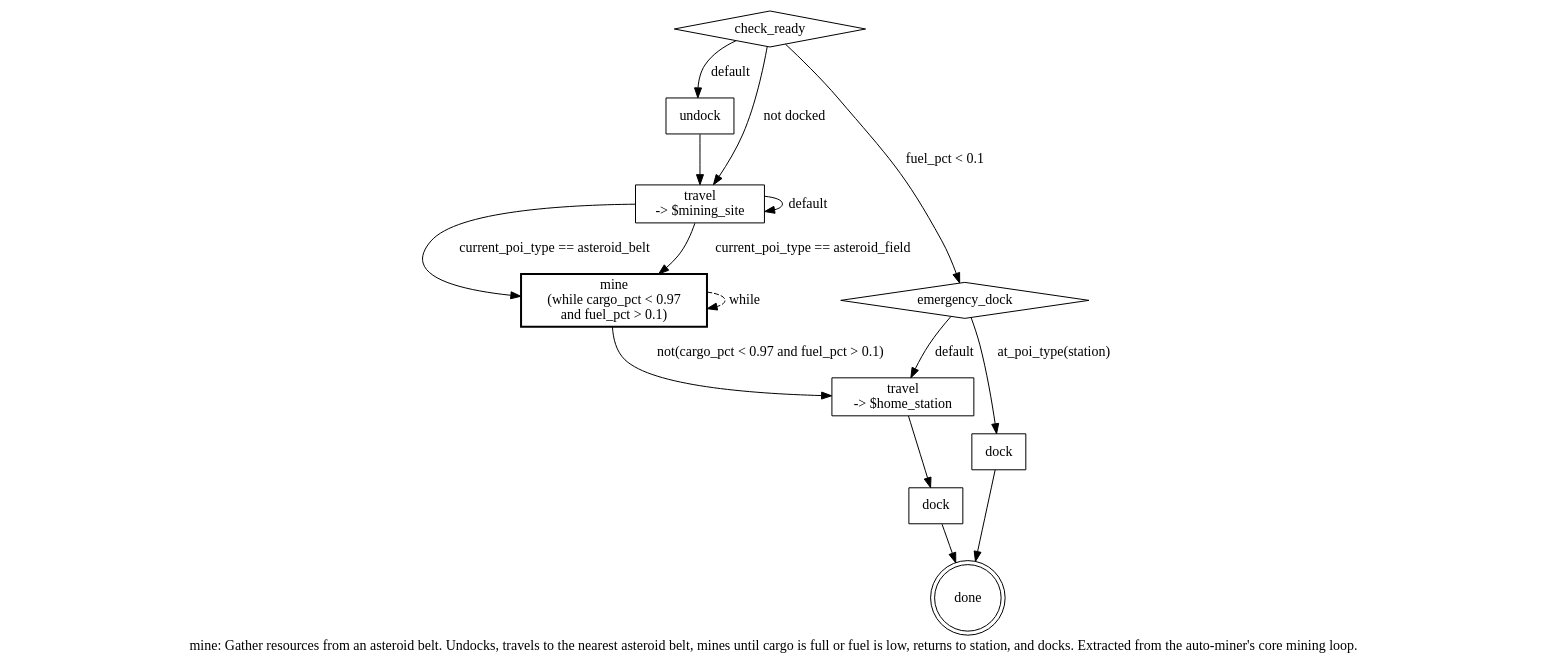
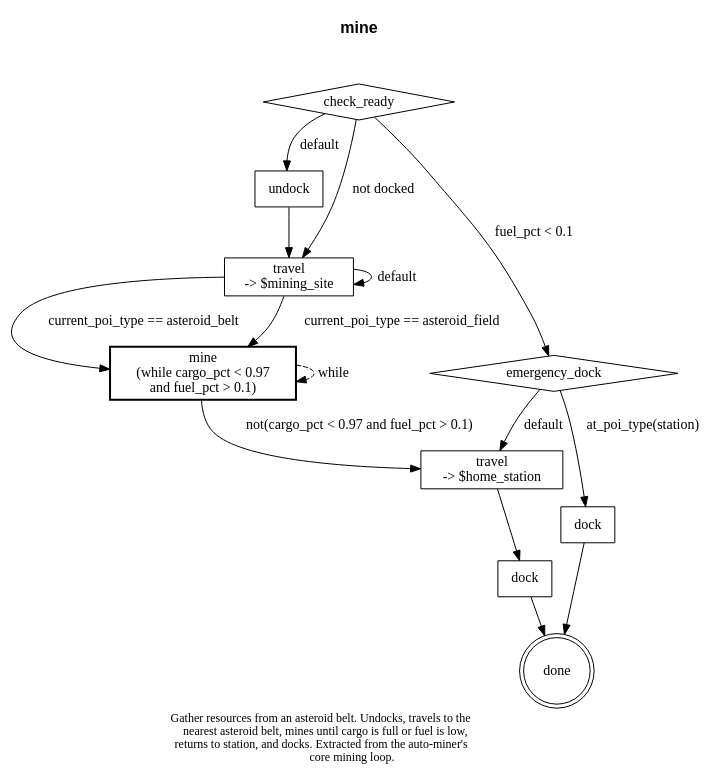
Before and after one commit to rsned/spacemolt: the diagram in data/skills/mine.dot, drawn with Graphviz. The commit also changed 15 other files, not shown here.

```diff
--- a/data/skills/mine.dot
+++ b/data/skills/mine.dot
@@ -1,29 +1,39 @@
 digraph mine {
-  label="mine: Gather resources from an asteroid belt. Undocks, travels to the nearest asteroid belt, mines until cargo is full or fuel is low, returns to station, and docks. Extracted from the auto-miner's core mining loop.\n"
+  label=<
+Gather resources from an asteroid belt. Undocks, travels to the<br/>
+nearest asteroid belt, mines until cargo is full or fuel is low,<br/>
+returns to station, and docks. Extracted from the auto-miner's<br/>
+core mining loop.
+>
+  labelloc=b
+  fontsize=12
   rankdir=TB
+
+  title [shape=none margin=0 fontsize=16 fontname="Helvetica-Bold" label="mine"]
+  title -> check_ready [style=invis]
 
   check_ready [shape=diamond label="check_ready"]
   undock [shape=box label="undock"]
   travel_to_belt [shape=box label="travel\n-> $mining_site"]
   mine_loop [shape=box style=bold label="mine\n(while cargo_pct < 0.97\nand fuel_pct > 0.1)"]
   return_to_station [shape=box label="travel\n-> $home_station"]
   dock [shape=box label="dock"]
   emergency_dock [shape=diamond label="emergency_dock"]
   emergency_dock_action [shape=box label="dock"]
   done [shape=doublecircle label="done"]
 
   check_ready -> emergency_dock [label="fuel_pct < 0.1"]
   check_ready -> travel_to_belt [label="not docked"]
   check_ready -> undock [label="default"]
   undock -> travel_to_belt
   travel_to_belt -> mine_loop [label="current_poi_type == asteroid_belt"]
   travel_to_belt -> mine_loop [label="current_poi_type == asteroid_field"]
   travel_to_belt -> travel_to_belt [label="default"]
   mine_loop -> mine_loop [style=dashed label="while"]
   mine_loop -> return_to_station [label="not(cargo_pct < 0.97 and fuel_pct > 0.1)"]
   return_to_station -> dock
   dock -> done
   emergency_dock -> emergency_dock_action [label="at_poi_type(station)"]
   emergency_dock -> return_to_station [label="default"]
   emergency_dock_action -> done
 }
```
